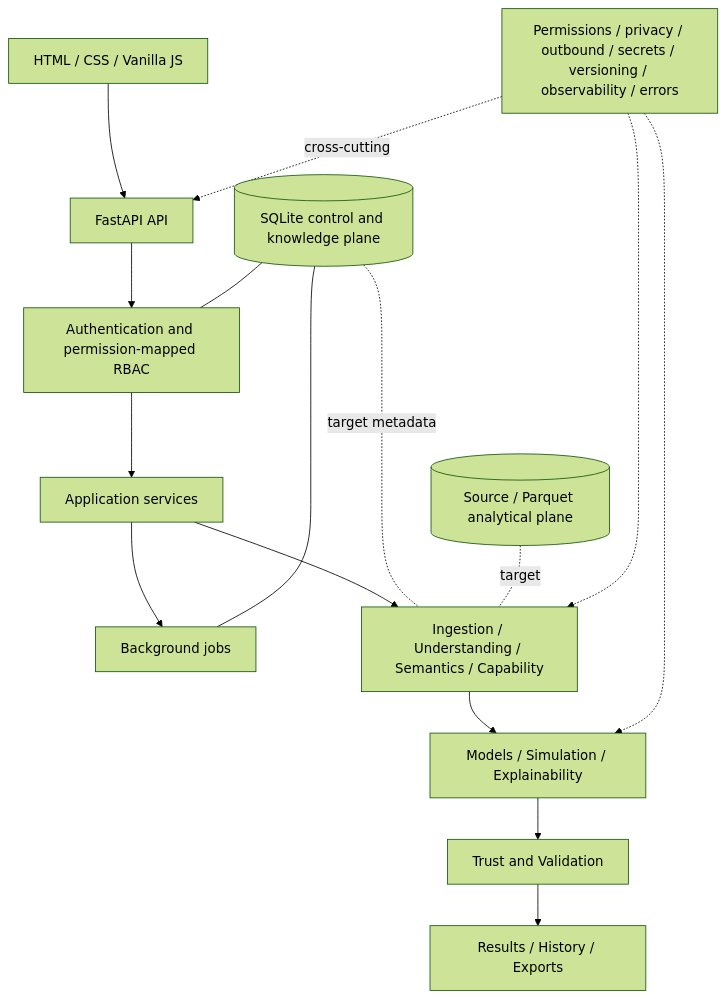
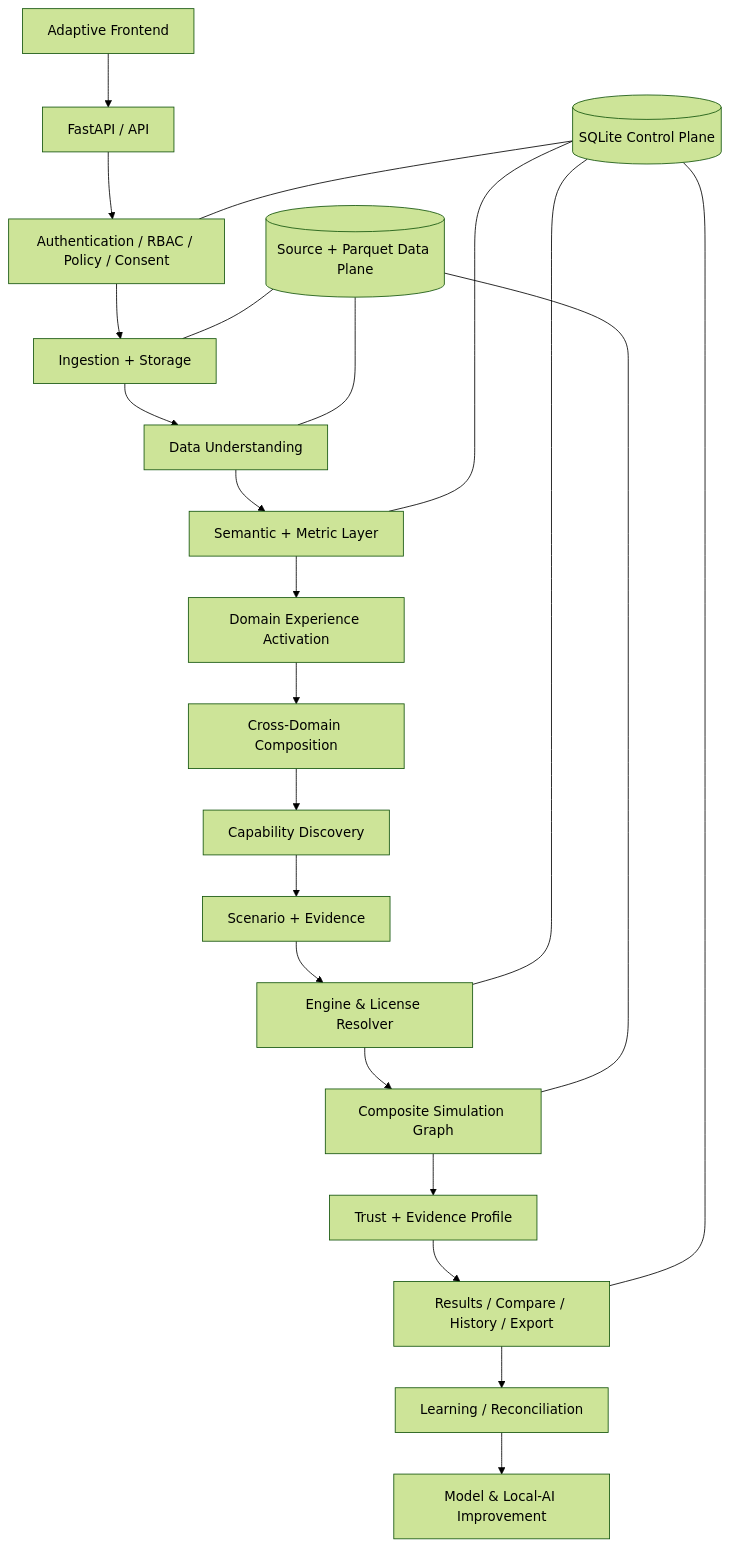
The second of 4 diagrams in README.md (Kedar-Joshi07/IPSP), drawn with Mermaid (forest theme) before and after one commit. The commit also changed other lines of this file and 1 other file, not shown here.

````diff
--- a/README.md
+++ b/README.md
@@ -103,18 +121,25 @@
 ```mermaid
 flowchart TD
-  UI[HTML / CSS / Vanilla JS] --> API[FastAPI API]
-  API --> AUTH[Authentication and permission-mapped RBAC]
-  AUTH --> APP[Application services]
-  APP --> JOB[Background jobs]
-  APP --> ING[Ingestion / Understanding / Semantics / Capability]
-  ING --> MOD[Models / Simulation / Explainability]
-  MOD --> TRUST[Trust and Validation]
-  TRUST --> RES[Results / History / Exports]
-  SQL[(SQLite control and knowledge plane)] --- AUTH
-  SQL --- JOB
-  SQL -. target metadata .- ING
-  DATA[(Source / Parquet analytical plane)] -. target .- ING
-  OBS[Permissions / privacy / outbound / secrets / versioning / observability / errors] -. cross-cutting .-> API
-  OBS -.-> ING
-  OBS -.-> MOD
+  UI[Adaptive Frontend] --> API[FastAPI / API]
+  API --> GOV[Authentication / RBAC / Policy / Consent]
+  GOV --> INGEST[Ingestion + Storage]
+  INGEST --> DU[Data Understanding]
+  DU --> SEM[Semantic + Metric Layer]
+  SEM --> DOMAIN[Domain Experience Activation]
+  DOMAIN --> CROSS[Cross-Domain Composition]
+  CROSS --> CAP[Capability Discovery]
+  CAP --> SCEN[Scenario + Evidence]
+  SCEN --> RESOLVE[Engine & License Resolver]
+  RESOLVE --> GRAPH[Composite Simulation Graph]
+  GRAPH --> TE[Trust + Evidence Profile]
+  TE --> OUT[Results / Compare / History / Export]
+  OUT --> LR[Learning / Reconciliation]
+  LR --> IMPROVE[Model & Local-AI Improvement]
+  CONTROL[(SQLite Control Plane)] --- GOV
+  CONTROL --- SEM
+  CONTROL --- RESOLVE
+  CONTROL --- OUT
+  DATA[(Source + Parquet Data Plane)] --- INGEST
+  DATA --- DU
+  DATA --- GRAPH
 ```
````
